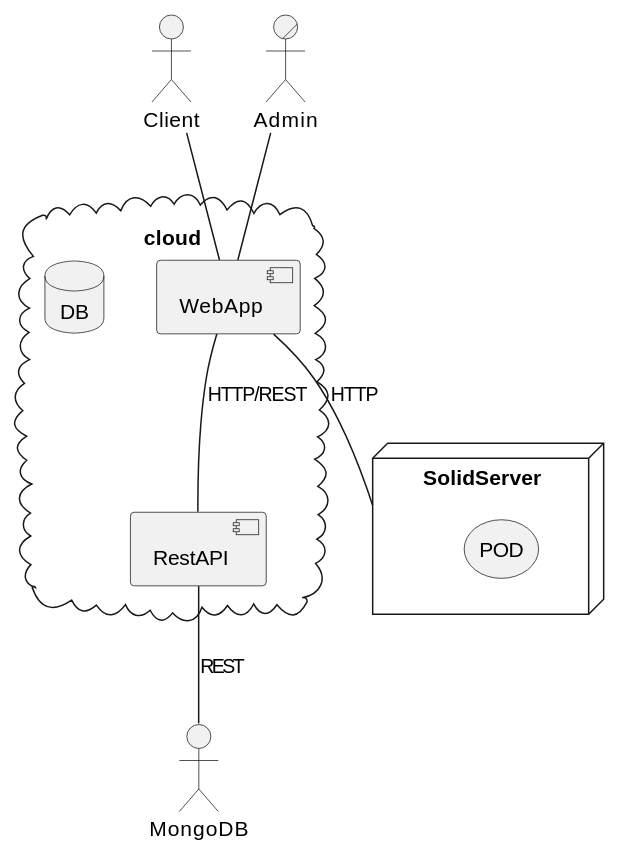
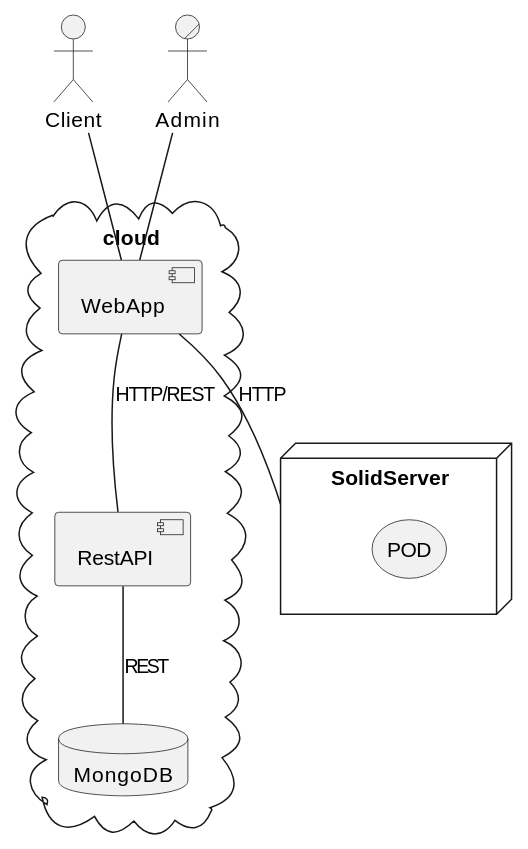
One commit to Arquisoft/radarin_en2b changed the second of 2 diagrams in webapp/docs/03_system_scope_and_context.adoc. Above: the diagram before and after it, drawn with PlantUML.

```diff
--- a/webapp/docs/03_system_scope_and_context.adoc
+++ b/webapp/docs/03_system_scope_and_context.adoc
@@ -94,18 +94,18 @@
 [plantuml, diagram-technical, svg]
 ....
 actor Client
 actor/ Admin
 cloud cloud {
 component WebApp
 component RestAPI
-database DB
+database MongoDB
 }
 Client -- WebApp
 Admin -- WebApp
 WebApp -- RestAPI : HTTP/REST
 RestAPI -- MongoDB : REST
 node SolidServer {
 storage POD
 }
 WebApp -- SolidServer : HTTP
 ....
```
